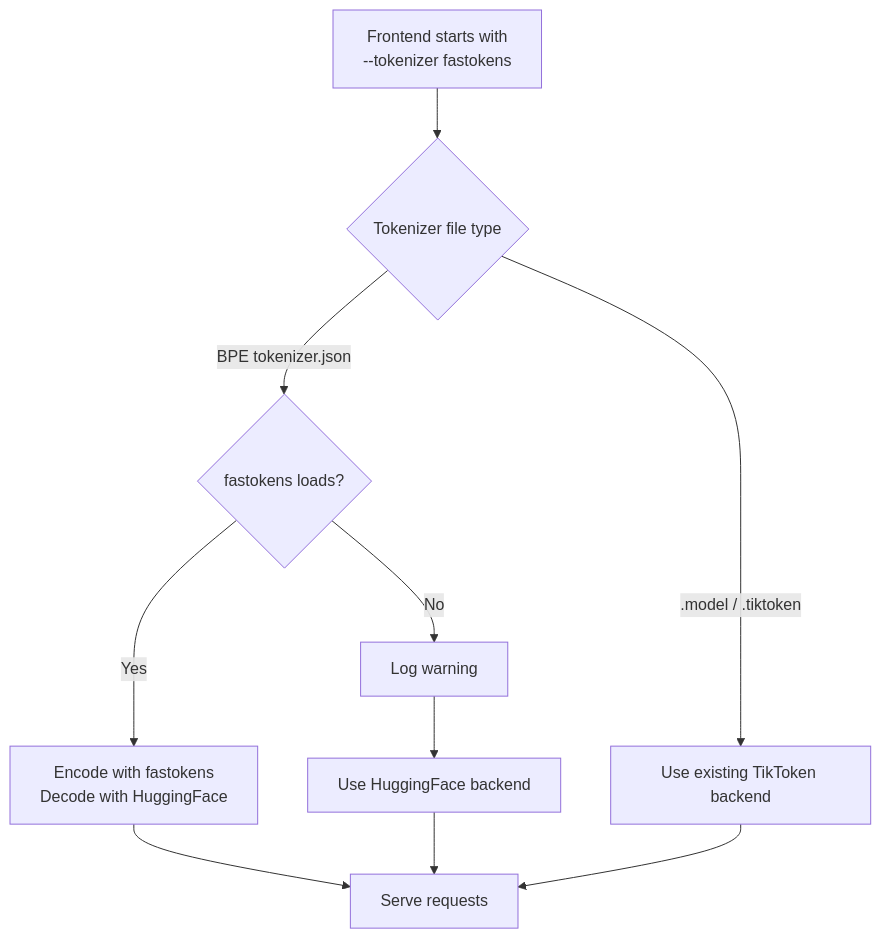
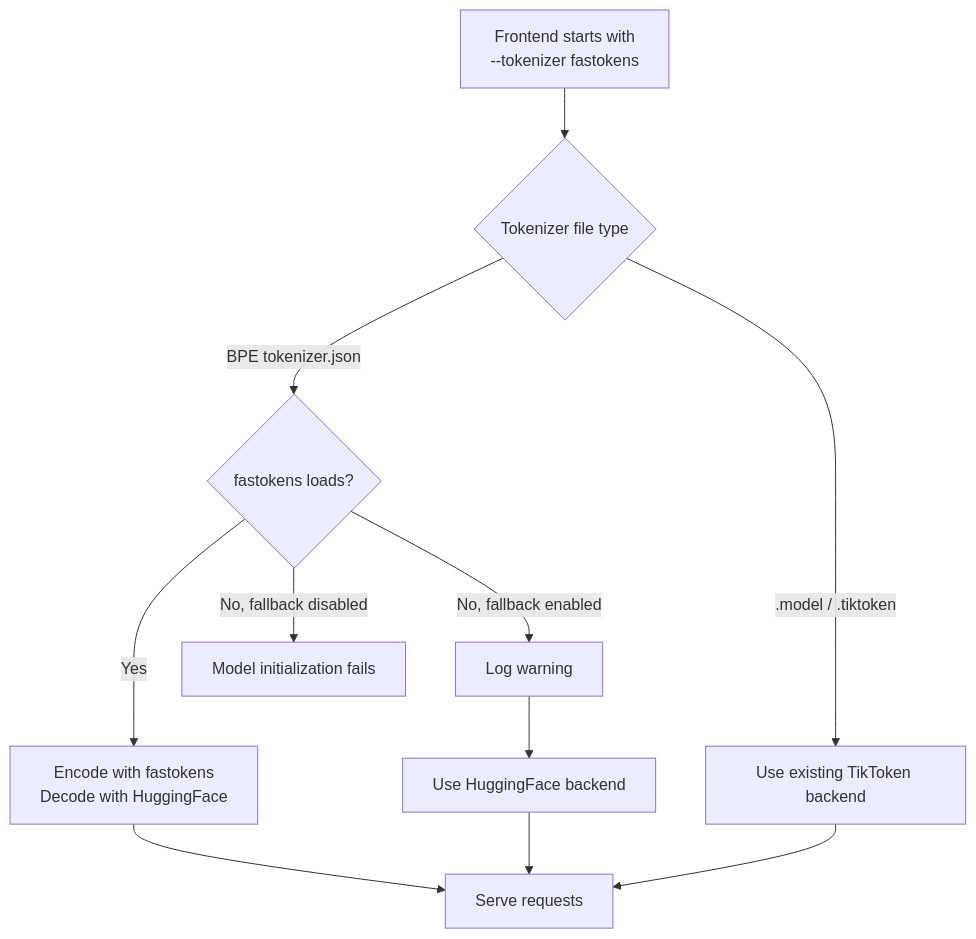
The diagram in docs/fern/pages/use-cases/fastokens-tokenizer/overview.md (wxsms/dynamo), drawn with Mermaid before and after one commit. The commit also changed other lines of this file and 19 other files, not shown here.

````diff
--- a/docs/fern/pages/use-cases/fastokens-tokenizer/overview.md
+++ b/docs/fern/pages/use-cases/fastokens-tokenizer/overview.md
@@ -120,11 +126,12 @@
   ```mermaid
   flowchart TD
       Start["Frontend starts with<br/>--tokenizer fastokens"] --> Kind{"Tokenizer file type"}
       Kind -->|BPE tokenizer.json| Load{"fastokens loads?"}
       Kind -->|.model / .tiktoken| Other["Use existing TikToken backend"]
       Load -->|Yes| Fast["Encode with fastokens<br/>Decode with HuggingFace"]
-      Load -->|No| Warn["Log warning"] --> Default["Use HuggingFace backend"]
+      Load -->|No, fallback enabled| Warn["Log warning"] --> Default["Use HuggingFace backend"]
+      Load -->|No, fallback disabled| Fail["Model initialization fails"]
       Fast --> Serve["Serve requests"]
       Default --> Serve
       Other --> Serve
   ```
````
